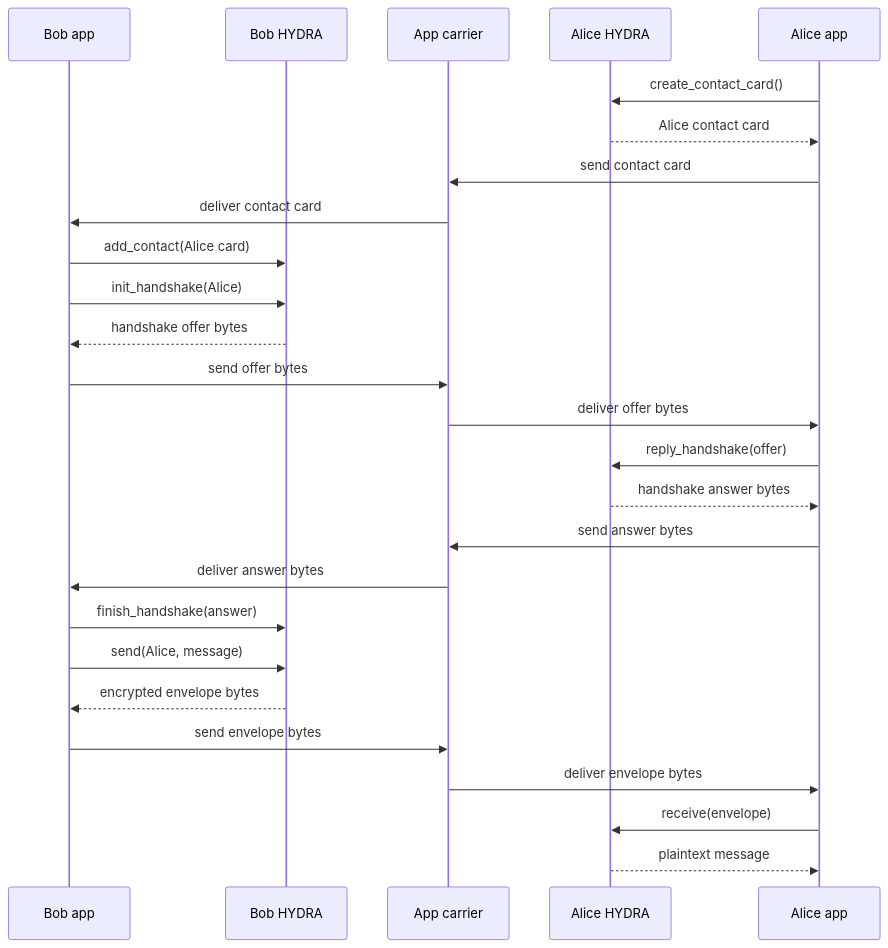
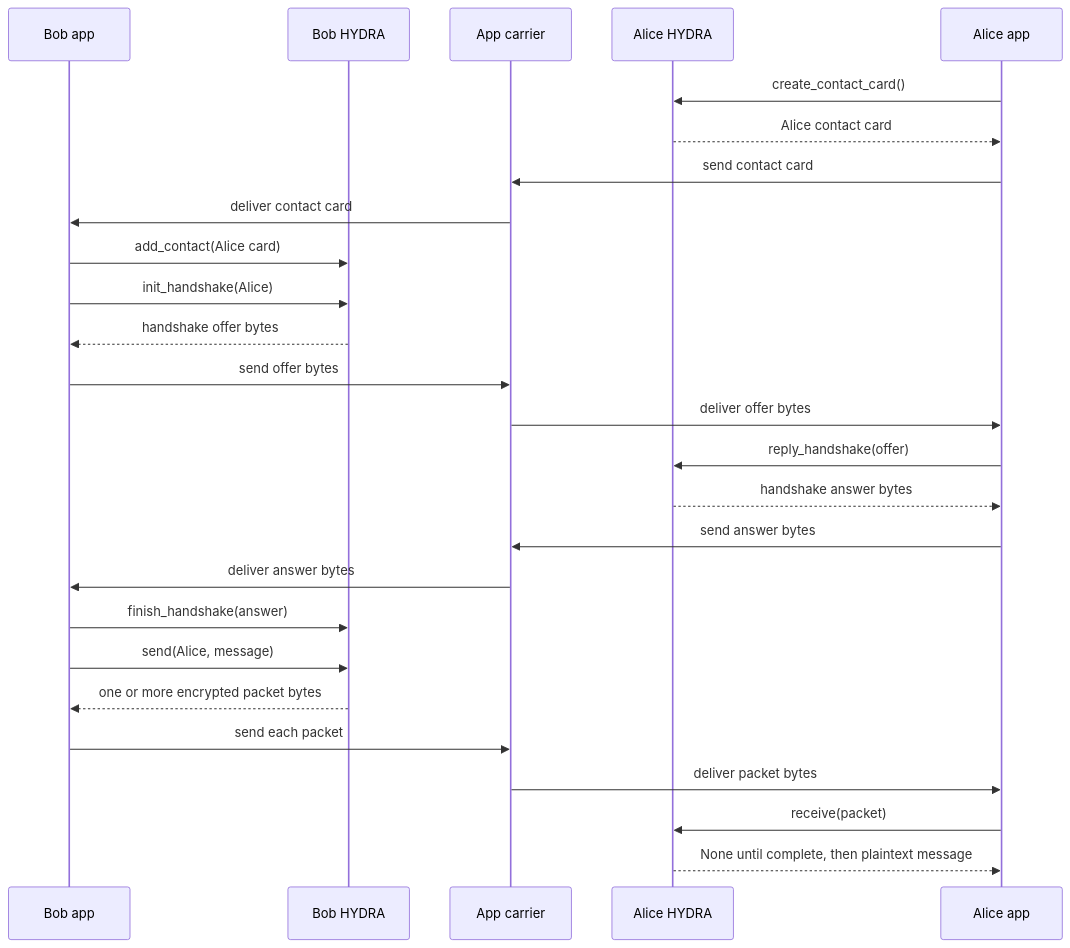
One commit to peavey2787/hydra-msg changed the second of 2 diagrams in docs/impl/message-flow/README.md. Above: the diagram before and after it, drawn with Mermaid. The commit also changed other lines of this file and 424 other files, not shown here.

````diff
--- a/docs/impl/message-flow/README.md
+++ b/docs/impl/message-flow/README.md
@@ -44,31 +44,31 @@
 ```mermaid
 sequenceDiagram
     participant BobApp as Bob app
     participant BobHydra as Bob HYDRA
     participant Carrier as App carrier
     participant AliceHydra as Alice HYDRA
     participant AliceApp as Alice app
 
     AliceApp->>AliceHydra: create_contact_card()
     AliceHydra-->>AliceApp: Alice contact card
     AliceApp->>Carrier: send contact card
     Carrier->>BobApp: deliver contact card
     BobApp->>BobHydra: add_contact(Alice card)
 
     BobApp->>BobHydra: init_handshake(Alice)
     BobHydra-->>BobApp: handshake offer bytes
     BobApp->>Carrier: send offer bytes
     Carrier->>AliceApp: deliver offer bytes
     AliceApp->>AliceHydra: reply_handshake(offer)
     AliceHydra-->>AliceApp: handshake answer bytes
     AliceApp->>Carrier: send answer bytes
     Carrier->>BobApp: deliver answer bytes
     BobApp->>BobHydra: finish_handshake(answer)
 
     BobApp->>BobHydra: send(Alice, message)
-    BobHydra-->>BobApp: encrypted envelope bytes
-    BobApp->>Carrier: send envelope bytes
-    Carrier->>AliceApp: deliver envelope bytes
-    AliceApp->>AliceHydra: receive(envelope)
-    AliceHydra-->>AliceApp: plaintext message
+    BobHydra-->>BobApp: one or more encrypted packet bytes
+    BobApp->>Carrier: send each packet
+    Carrier->>AliceApp: deliver packet bytes
+    AliceApp->>AliceHydra: receive(packet)
+    AliceHydra-->>AliceApp: None until complete, then plaintext message
 ```
````
